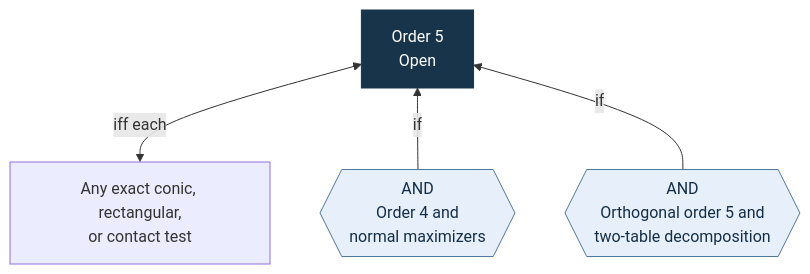
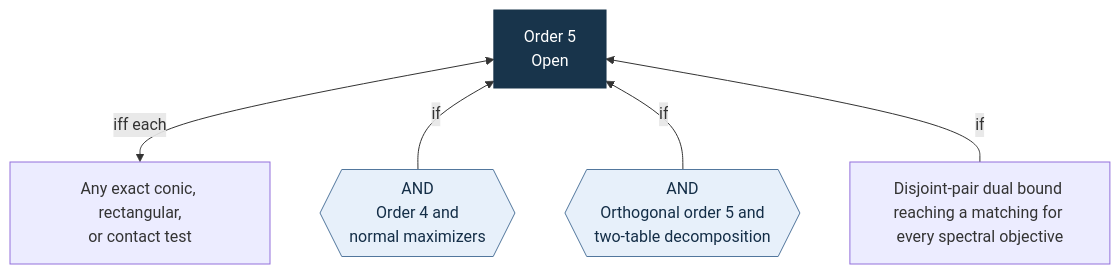
The first of 5 diagrams in Docs/order-five-proof-map.md (ascendnoosphere/MOC), drawn with Mermaid before and after one commit. The commit also changed other lines of this file and 29 other files, not shown here.

Commit message:
Add determinant inclusion routes and exact support certificates in orders four and five

````diff
--- a/Docs/order-five-proof-map.md
+++ b/Docs/order-five-proof-map.md
@@ -20,14 +21,16 @@
 ```mermaid
 flowchart BT
-    accTitle: Three groups of order-five proof routes
+    accTitle: Order-five proof routes
     accDescr: The exact tests imply and follow from order five. The normal-maximizer and orthogonal-decomposition routes each require both stated premises.
     Goal["Order 5<br/>Open"]:::goal
     Exact["Any exact conic, rectangular,<br/>or contact test"]
     Normal{{"AND<br/>Order 4 and<br/>normal maximizers"}}:::gate
     Real{{"AND<br/>Orthogonal order 5 and<br/>two-table decomposition"}}:::gate
+    Pair["Disjoint-pair dual bound reaching a matching for every spectral objective"]
     Exact <-->|iff each| Goal
     Normal -->|if| Goal
     Real -->|if| Goal
+    Pair -->|if| Goal
     classDef goal fill:#18344b,stroke:#18344b,color:#fff
     classDef gate fill:#e7f0fa,stroke:#52779d,color:#142e47
 ```
````
